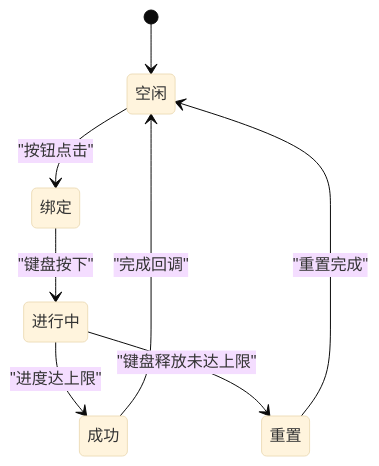
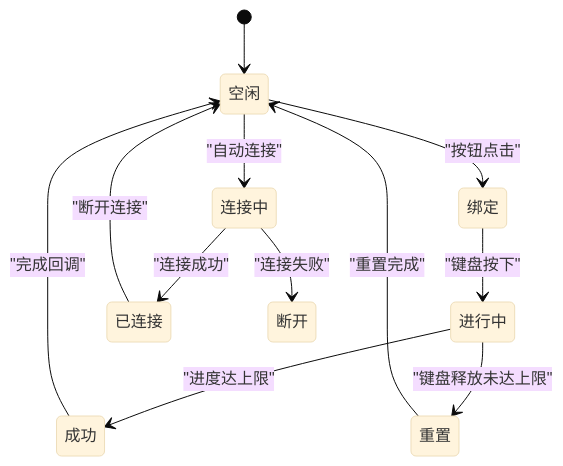
One commit to Hankun-P/wireless-keyboard-toy changed the sixth of 8 diagrams in .qoder/repowiki/zh/content/桌面应用架构/用户界面组件.md. Above: the diagram before and after it, drawn with Mermaid (base theme). The commit also changed other lines of this file and 10 other files, not shown here.

````diff
--- a/.qoder/repowiki/zh/content/桌面应用架构/用户界面组件.md
+++ b/.qoder/repowiki/zh/content/桌面应用架构/用户界面组件.md
@@ -227,10 +338,14 @@
 ```mermaid
 stateDiagram-v2
 [*] --> 空闲
 空闲 --> 绑定 : "按钮点击"
 绑定 --> 进行中 : "键盘按下"
 进行中 --> 成功 : "进度达上限"
 进行中 --> 重置 : "键盘释放未达上限"
 成功 --> 空闲 : "完成回调"
 重置 --> 空闲 : "重置完成"
+空闲 --> 连接中 : "自动连接"
+连接中 --> 已连接 : "连接成功"
+连接中 --> 断开 : "连接失败"
+已连接 --> 空闲 : "断开连接"
 ```
````
